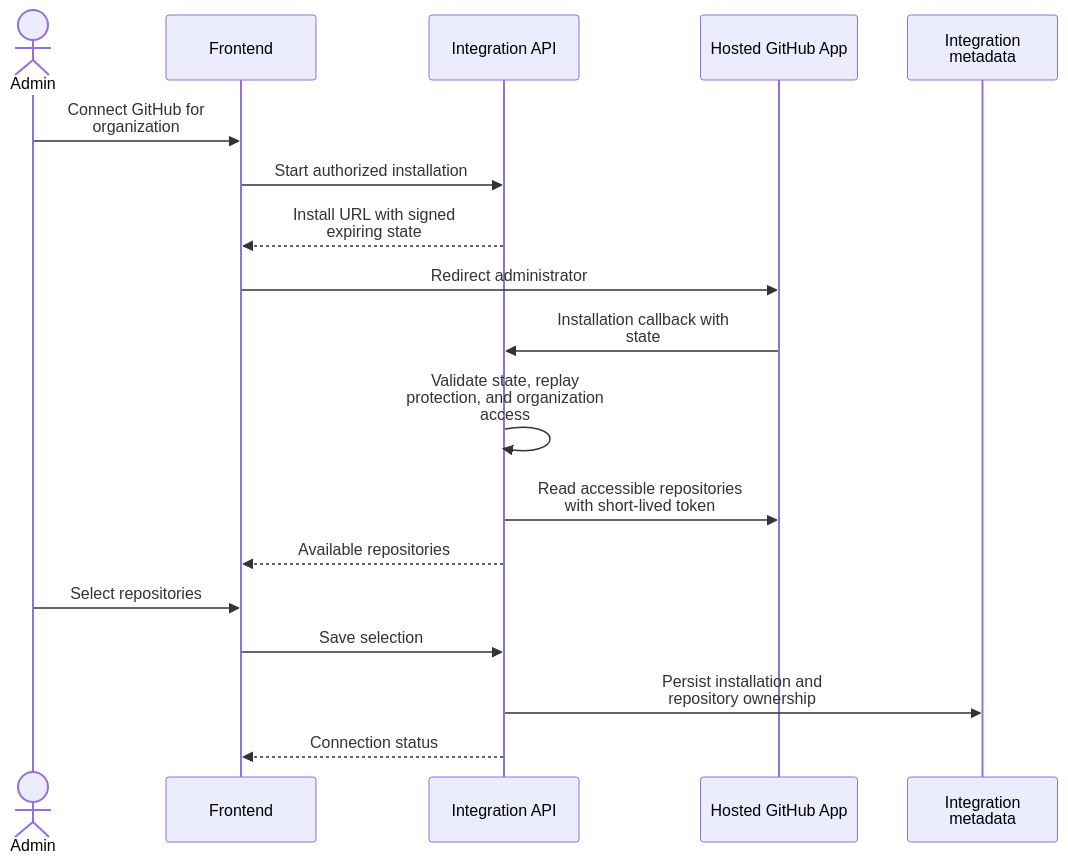
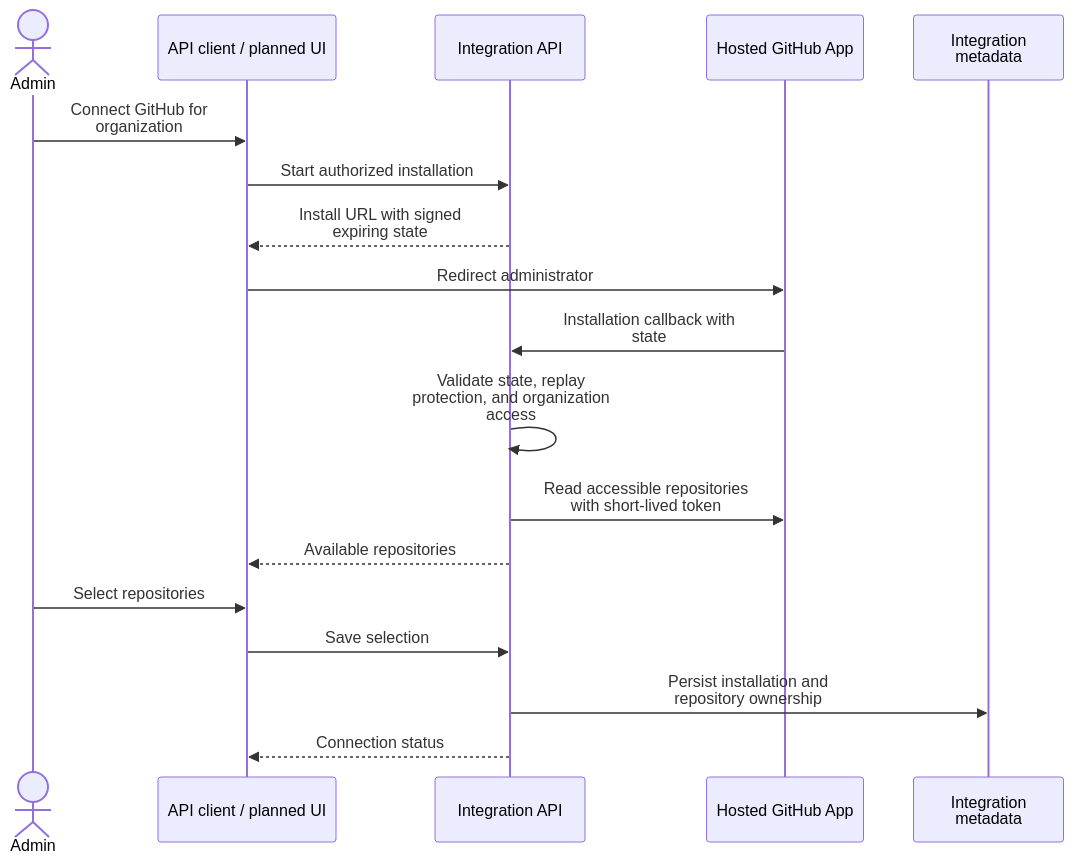
One commit to ChangeGuardHQ/changuard-platform changed the ninth of 41 diagrams in README.md. Above: the diagram before and after it, drawn with Mermaid. The commit also changed other lines of this file and 39 other files, not shown here.

````diff
--- a/README.md
+++ b/README.md
@@ -1078,20 +1084,20 @@
 ```mermaid
 sequenceDiagram
     actor Admin
-    participant UI as Frontend
+    participant UI as API client / planned UI
     participant API as Integration API
     participant GitHub as Hosted GitHub App
     participant DB as Integration<br/>metadata
     Admin->>UI: Connect GitHub for<br/>organization
     UI->>API: Start authorized installation
     API-->>UI: Install URL with signed<br/>expiring state
     UI->>GitHub: Redirect administrator
     GitHub->>API: Installation callback with<br/>state
     API->>API: Validate state, replay<br/>protection, and organization<br/>access
     API->>GitHub: Read accessible repositories<br/>with short-lived token
     API-->>UI: Available repositories
     Admin->>UI: Select repositories
     UI->>API: Save selection
     API->>DB: Persist installation and<br/>repository ownership
     API-->>UI: Connection status
 ```
````
